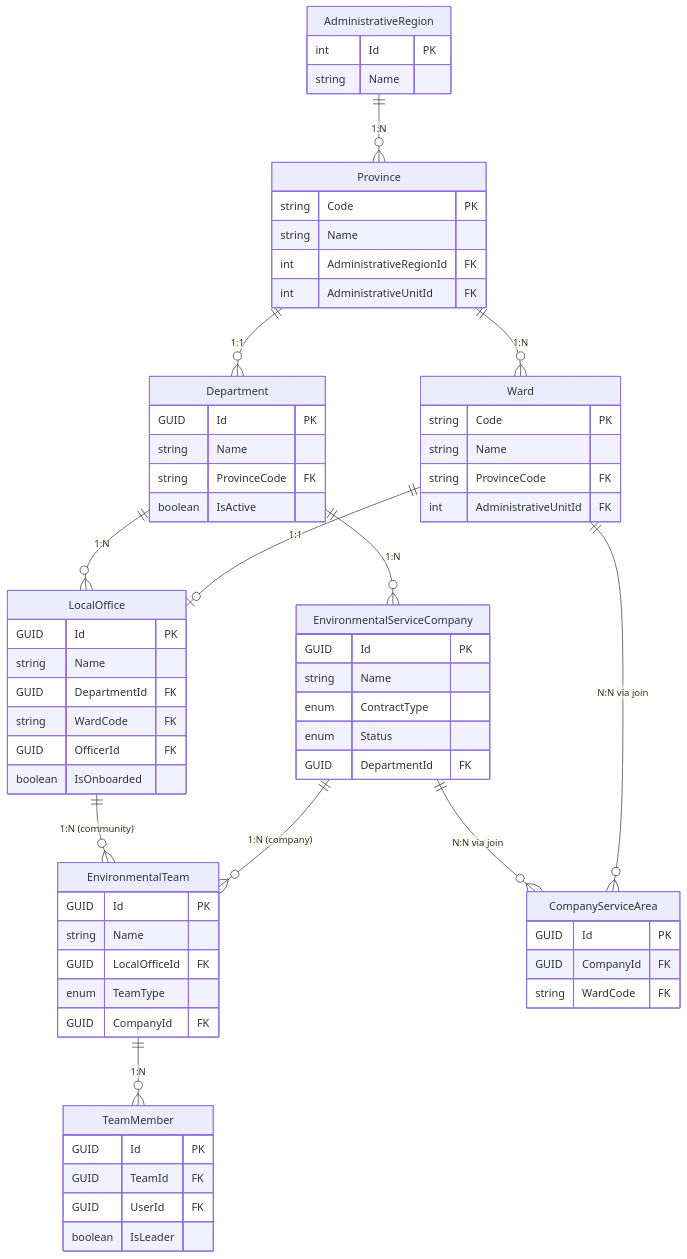
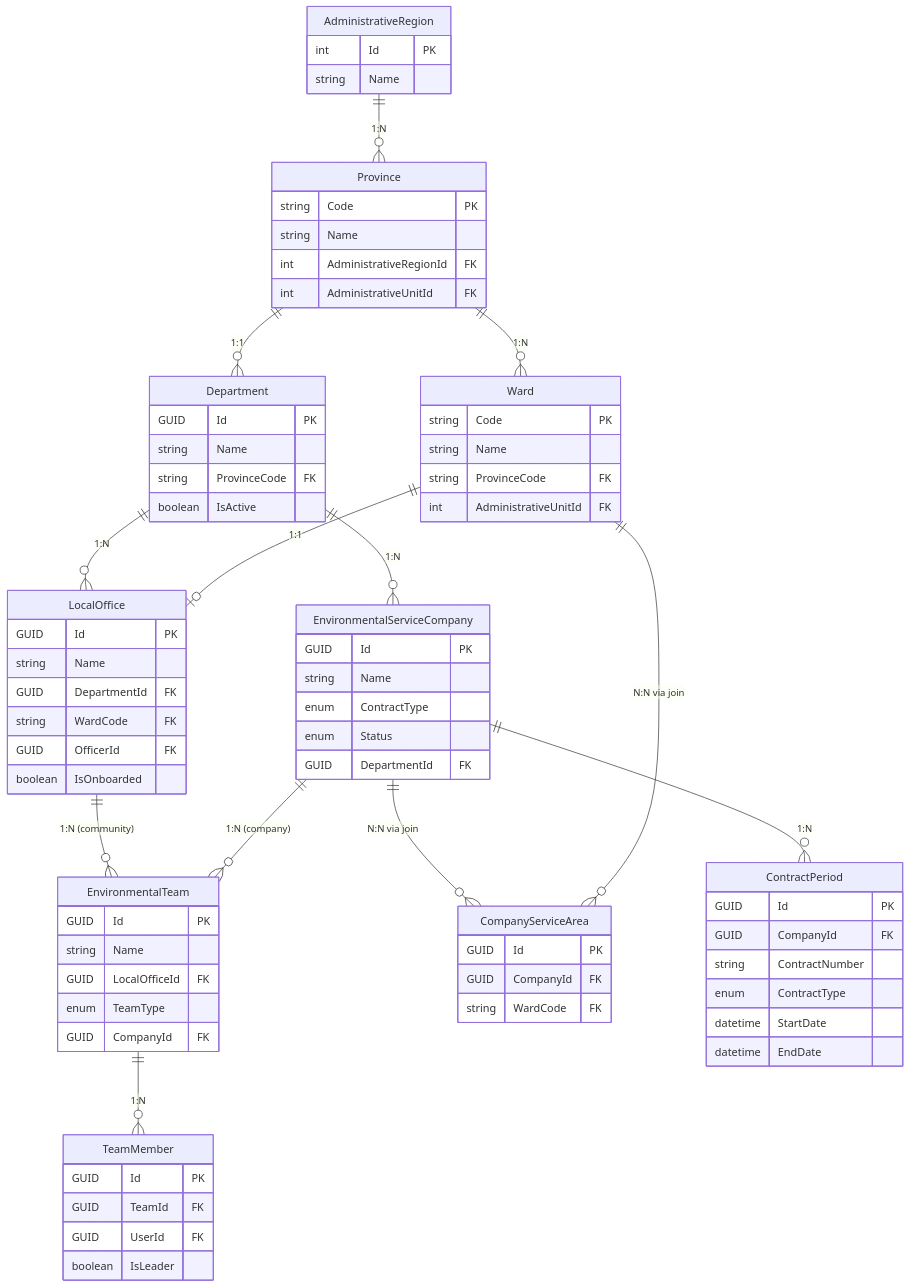
Before and after one commit to Capstonne-Project/greenlens-service: the fifth of 7 diagrams in docs/BusinessRule/logical_erd.md, drawn with Mermaid. The commit also changed other lines of this file and 1 other file, not shown here.

````diff
--- a/docs/BusinessRule/logical_erd.md
+++ b/docs/BusinessRule/logical_erd.md
@@ -1212,6 +1519,15 @@
         string WardCode FK
     }
 
+    ContractPeriod {
+        GUID Id PK
+        GUID CompanyId FK
+        string ContractNumber
+        enum ContractType
+        datetime StartDate
+        datetime EndDate
+    }
+
     AdministrativeRegion ||--o{ Province : "1:N"
     Province ||--o{ Ward : "1:N"
     Province ||--o{ Department : "1:1"
@@ -1222,5 +1538,6 @@
     Department ||--o{ EnvironmentalServiceCompany : "1:N"
     EnvironmentalServiceCompany ||--o{ EnvironmentalTeam : "1:N (company)"
     EnvironmentalServiceCompany ||--o{ CompanyServiceArea : "N:N via join"
+    EnvironmentalServiceCompany ||--o{ ContractPeriod : "1:N"
     Ward ||--o{ CompanyServiceArea : "N:N via join"
 ```
````
